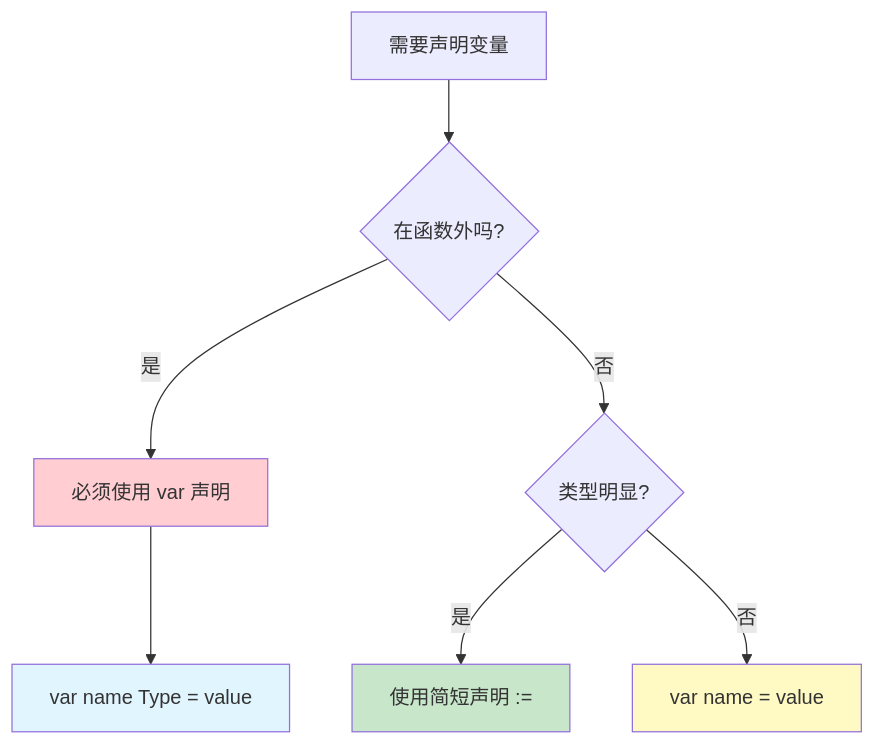
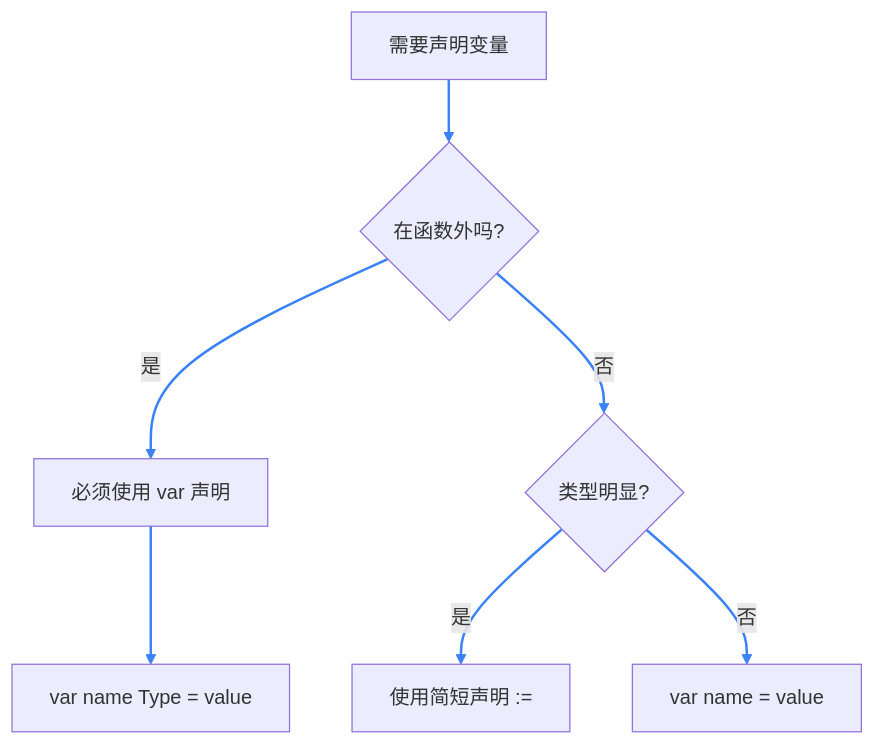
Before and after one commit to lazygophers/knowledge: the diagram in docs/zh/golang/fundamentals/variables-constants.mdx, drawn with Mermaid. The commit also changed 9 other files, not shown here.

First line of the commit message:
style(golang): Mermaid 图表添加主题适配和连接线样式

````diff
--- a/docs/zh/golang/fundamentals/variables-constants.mdx
+++ b/docs/zh/golang/fundamentals/variables-constants.mdx
@@ -38,15 +38,16 @@
 ```mermaid
 flowchart TD
     A[需要声明变量] --> B{在函数外吗?}
     B -->|是| C[必须使用 var 声明]
     B -->|否| D{类型明显?}
 
     C --> E[var name Type = value]
     D -->|是| F[使用简短声明 :=]
     D -->|否| G[var name = value]
 
-    style C fill:#ffcdd2
-    style F fill:#c8e6c9
-    style E fill:#e1f5ff
-    style G fill:#fff9c4
+    linkStyle default stroke:#3b82f6,stroke-width:2px
+    classDef mustVar fill:#ffcdd2,stroke:#d32f2f,color:#7f0000
+    classDef shortDecl fill:#c8e6c9,stroke:#2e7d32,color:#064e3b
+    classDef typeInf fill:#e1f5ff,stroke:#1976d2,color:#0d47a1
+    classDef varDecl fill:#fff9c4,stroke:#f59e0b,color:#78350f
 ```
````
